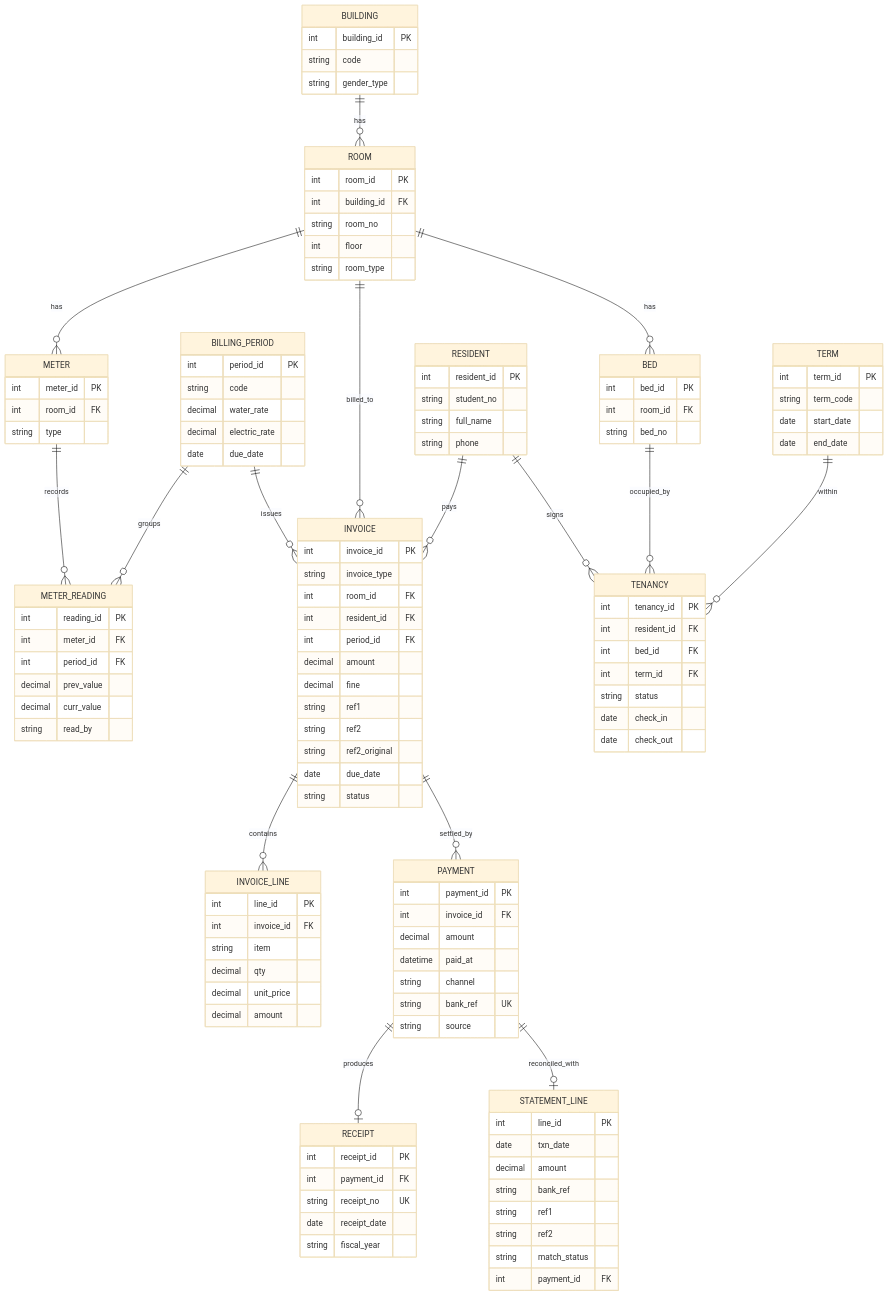
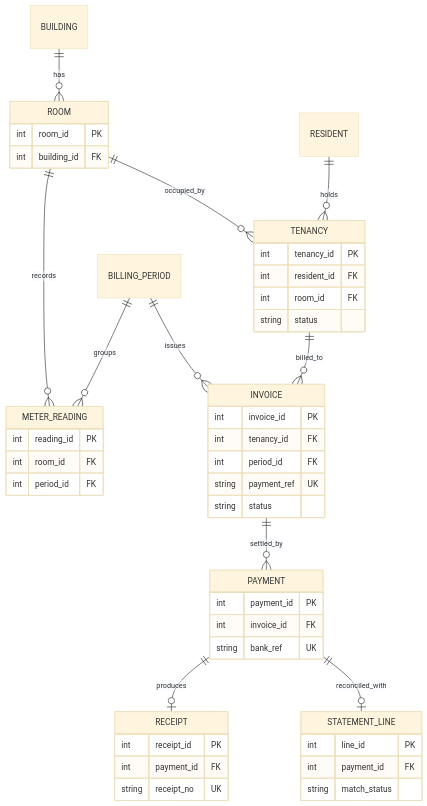
One commit to NekoYanaki/dormitory-management-architecture changed the fifth of 5 diagrams in README.md. Above: the diagram before and after it, drawn with Mermaid (base theme). The commit also changed other lines of this file and 1 other file, not shown here.

````diff
--- a/README.md
+++ b/README.md
@@ -180,125 +182,51 @@
 ```mermaid
 erDiagram
     BUILDING ||--o{ ROOM : has
-    ROOM ||--o{ BED : has
-    ROOM ||--o{ METER : has
-    METER ||--o{ METER_READING : records
+    ROOM ||--o{ TENANCY : occupied_by
+    RESIDENT ||--o{ TENANCY : holds
+    ROOM ||--o{ METER_READING : records
     BILLING_PERIOD ||--o{ METER_READING : groups
     BILLING_PERIOD ||--o{ INVOICE : issues
-    RESIDENT ||--o{ TENANCY : signs
-    BED ||--o{ TENANCY : occupied_by
-    TERM ||--o{ TENANCY : within
-    ROOM ||--o{ INVOICE : billed_to
-    RESIDENT ||--o{ INVOICE : pays
-    INVOICE ||--o{ INVOICE_LINE : contains
+    TENANCY ||--o{ INVOICE : billed_to
     INVOICE ||--o{ PAYMENT : settled_by
     PAYMENT ||--o| RECEIPT : produces
     PAYMENT ||--o| STATEMENT_LINE : reconciled_with
 
-    BUILDING {
-        int building_id PK
-        string code
-        string gender_type
-    }
     ROOM {
         int room_id PK
         int building_id FK
-        string room_no
-        int floor
-        string room_type
-    }
-    BED {
-        int bed_id PK
-        int room_id FK
-        string bed_no
-    }
-    RESIDENT {
-        int resident_id PK
-        string student_no
-        string full_name
-        string phone
-    }
-    TERM {
-        int term_id PK
-        string term_code
-        date start_date
-        date end_date
     }
     TENANCY {
         int tenancy_id PK
         int resident_id FK
-        int bed_id FK
-        int term_id FK
+        int room_id FK
         string status
-        date check_in
-        date check_out
-    }
-    METER {
-        int meter_id PK
-        int room_id FK
-        string type
-    }
-    BILLING_PERIOD {
-        int period_id PK
-        string code
-        decimal water_rate
-        decimal electric_rate
-        date due_date
     }
     METER_READING {
         int reading_id PK
-        int meter_id FK
+        int room_id FK
         int period_id FK
-        decimal prev_value
-        decimal curr_value
-        string read_by
     }
     INVOICE {
         int invoice_id PK
-        string invoice_type
-        int room_id FK
-        int resident_id FK
+        int tenancy_id FK
         int period_id FK
-        decimal amount
-        decimal fine
-        string ref1
-        string ref2
-        string ref2_original
-        date due_date
+        string payment_ref UK
         string status
-    }
-    INVOICE_LINE {
-        int line_id PK
-        int invoice_id FK
-        string item
-        decimal qty
-        decimal unit_price
-        decimal amount
     }
     PAYMENT {
         int payment_id PK
         int invoice_id FK
-        decimal amount
-        datetime paid_at
-        string channel
         string bank_ref UK
-        string source
     }
     RECEIPT {
         int receipt_id PK
         int payment_id FK
         string receipt_no UK
-        date receipt_date
-        string fiscal_year
     }
     STATEMENT_LINE {
         int line_id PK
-        date txn_date
-        decimal amount
-        string bank_ref
-        string ref1
-        string ref2
+        int payment_id FK
         string match_status
-        int payment_id FK
     }
 ```
````
